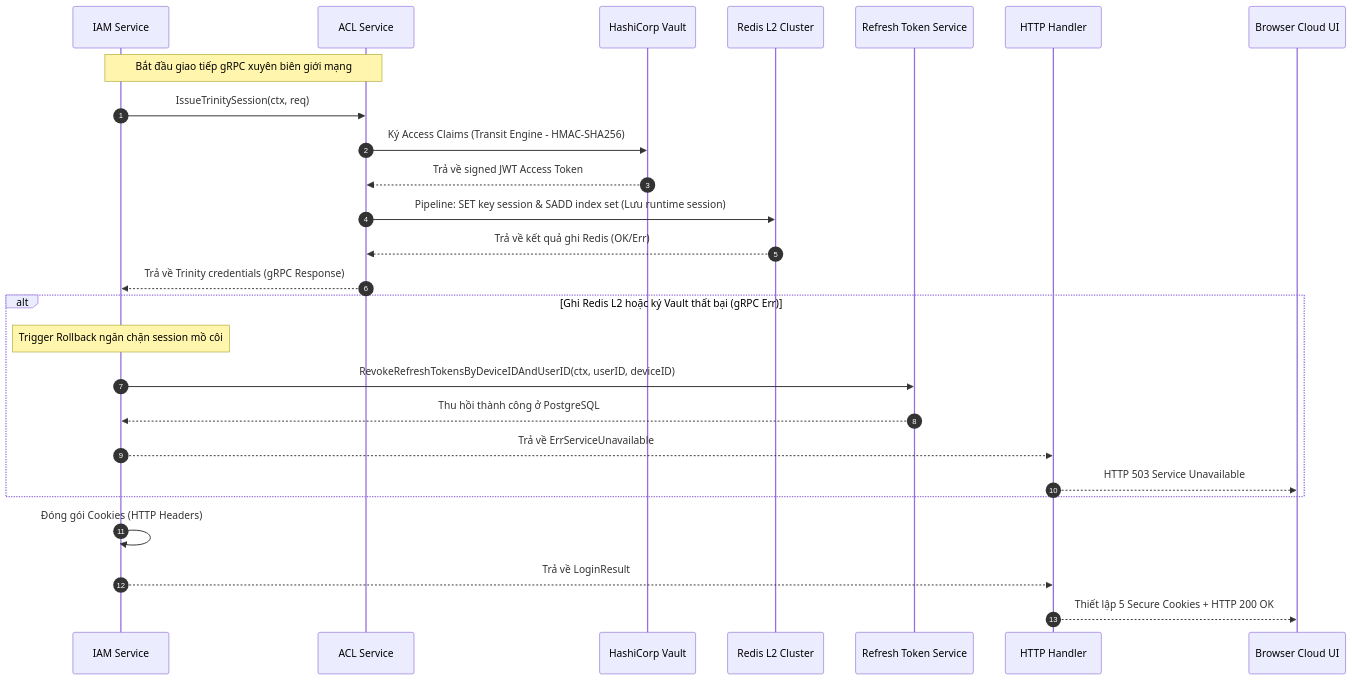
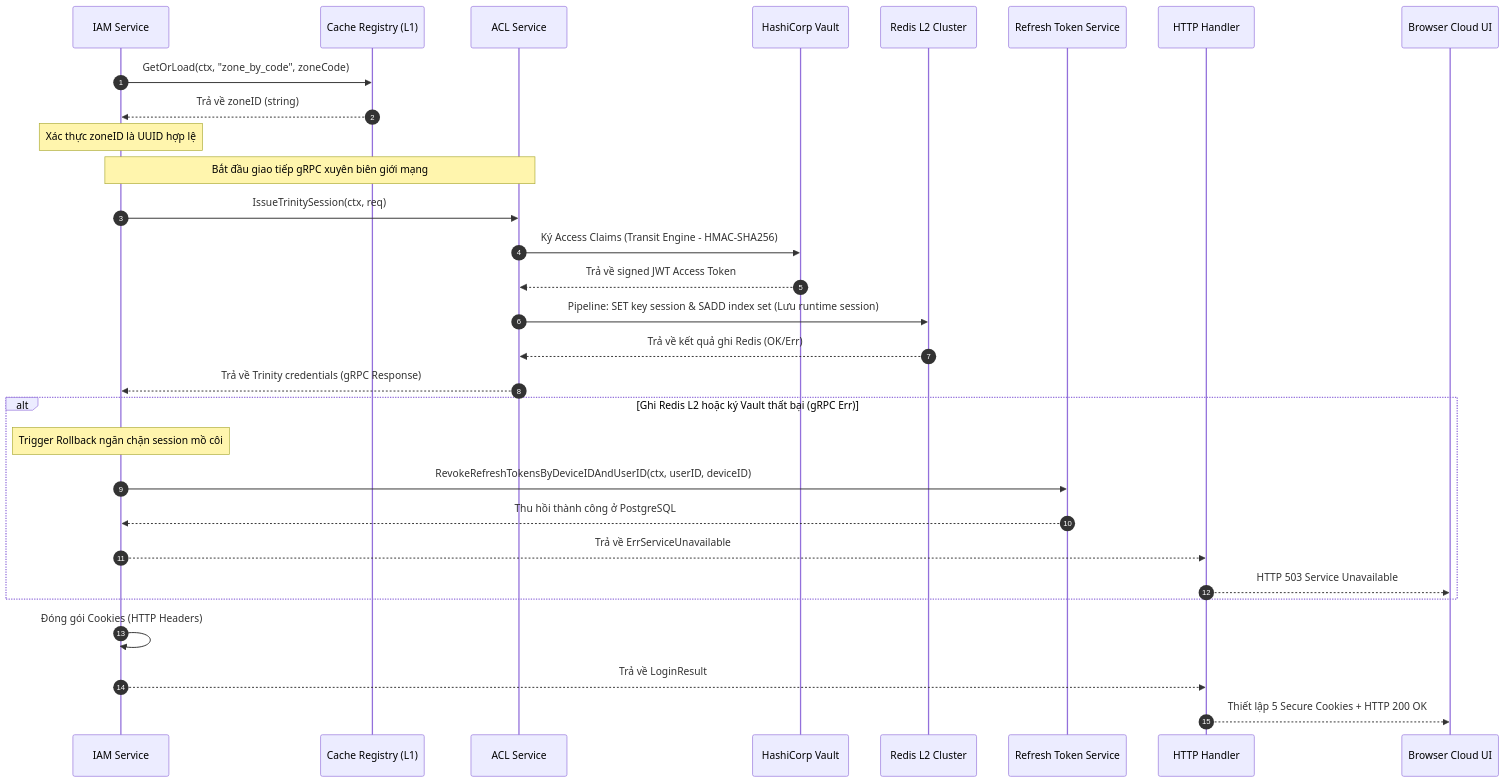
The third of 3 diagrams in god_view/iam/user_login_god_view_workflow.md (phucle996/aurora), drawn with Mermaid before and after one commit. The commit also changed other lines of this file and 62 other files, not shown here.

Commit message:
feat: integrate control plane client into ACL service and modularize authentication flows with dynamic bypass support

````diff
--- a/god_view/iam/user_login_god_view_workflow.md
+++ b/god_view/iam/user_login_god_view_workflow.md
@@ -193,34 +186,39 @@
 ```mermaid
 sequenceDiagram
     autonumber
     participant Service as IAM Service
+    participant Registry as Cache Registry (L1)
     participant ACL as ACL Service
     participant Vault as HashiCorp Vault
     participant RDS as Redis L2 Cluster
     participant RefreshSvc as Refresh Token Service
     participant Handler as HTTP Handler
     participant UI as Browser Cloud UI
+
+    Service->>Registry: GetOrLoad(ctx, "zone_by_code", zoneCode)
+    Registry-->>Service: Trả về zoneID (string)
+    Note over Service: Xác thực zoneID là UUID hợp lệ
 
     Note over Service, ACL: Bắt đầu giao tiếp gRPC xuyên biên giới mạng
     Service->>ACL: IssueTrinitySession(ctx, req)
     
     ACL->>Vault: Ký Access Claims (Transit Engine - HMAC-SHA256)
     Vault-->>ACL: Trả về signed JWT Access Token
     
     ACL->>RDS: Pipeline: SET key session & SADD index set (Lưu runtime session)
     RDS-->>ACL: Trả về kết quả ghi Redis (OK/Err)
     
     ACL-->>Service: Trả về Trinity credentials (gRPC Response)
     
     alt Ghi Redis L2 hoặc ký Vault thất bại (gRPC Err)
         Note over Service: Trigger Rollback ngăn chặn session mồ côi
         Service->>RefreshSvc: RevokeRefreshTokensByDeviceIDAndUserID(ctx, userID, deviceID)
         RefreshSvc-->>Service: Thu hồi thành công ở PostgreSQL
         Service-->>Handler: Trả về ErrServiceUnavailable
         Handler-->>UI: HTTP 503 Service Unavailable
     end
     
     Service->>Service: Đóng gói Cookies (HTTP Headers)
     Service-->>Handler: Trả về LoginResult
     Handler-->>UI: Thiết lập 5 Secure Cookies + HTTP 200 OK
 ```
````
